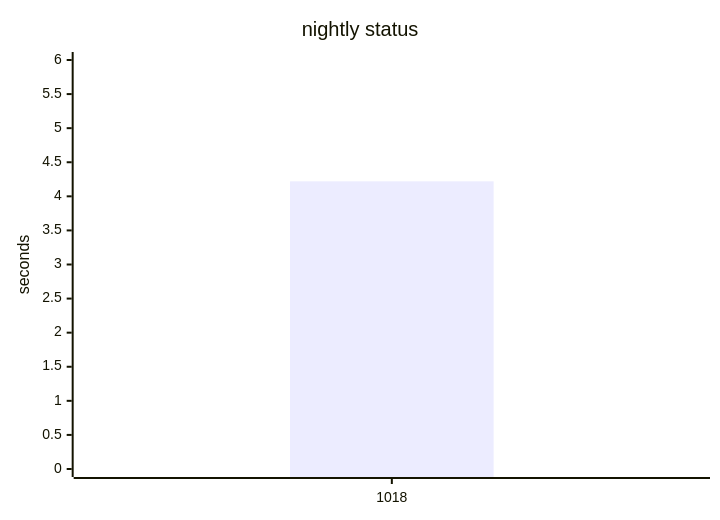
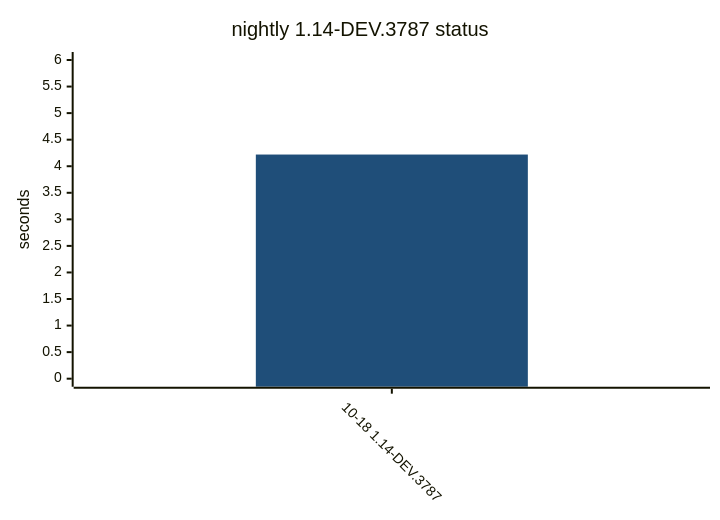
Before and after one commit to yamanori99/DistSSHKit.jl: the tenth of 12 diagrams in README.md, drawn with Mermaid. The commit also changed other lines of this file and 1 other file, not shown here.

Commit message:
Record compile bench for 1.14-nightly.

````diff
--- a/README.md
+++ b/README.md
@@ -245,7 +335,17 @@
 ```mermaid
+---
+config:
+  theme: base
+  themeVariables:
+    xyChart:
+      plotColorPalette: "#1f4e79"
+  xyChart:
+    xAxis:
+      labelRotation: 45
+---
 xychart-beta
-    title "nightly status"
-    x-axis ["1018"]
+    title "nightly 1.14-DEV.3787 status"
+    x-axis ["10-18 1.14-DEV.3787"]
     y-axis "seconds" 0 --> 6
     bar [4.22]
 ```
````
